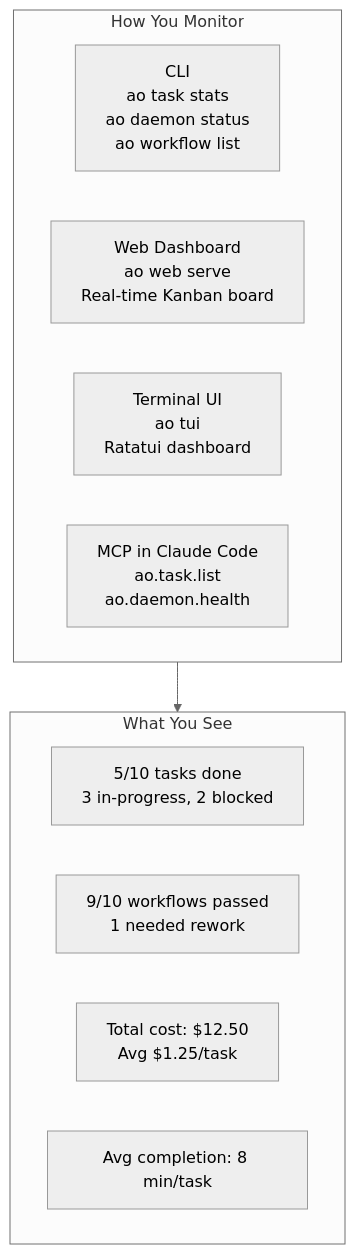
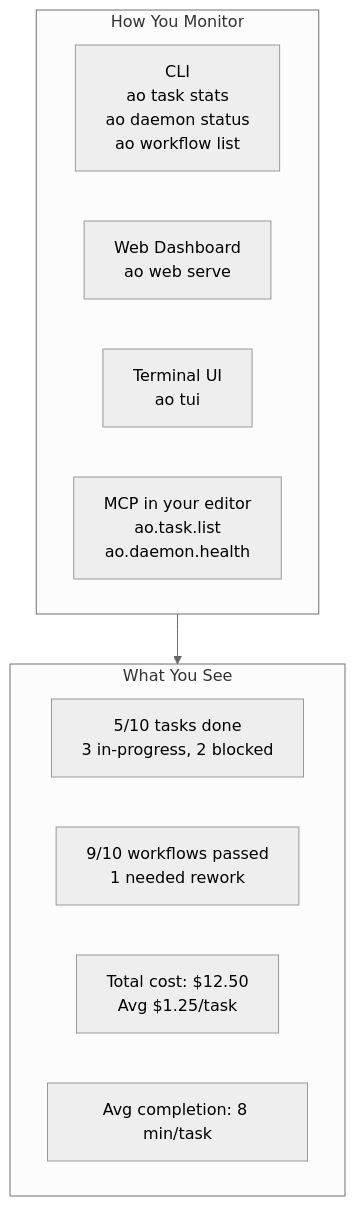
One commit to launchapp-dev/ao-cli changed diagram 11 of 12 in docs/how-ao-works.md. Above: the diagram before and after it, drawn with Mermaid (neutral theme). The commit also changed other lines of this file and 1 other file, not shown here.

First line of the commit message:
docs: define workflow-first CLI target architecture

````diff
--- a/docs/how-ao-works.md
+++ b/docs/how-ao-works.md
@@ -314,18 +471,18 @@
 ```mermaid
 flowchart TB
     subgraph MONITOR["How You Monitor"]
         cli["CLI<br/>ao task stats<br/>ao daemon status<br/>ao workflow list"]
-        web["Web Dashboard<br/>ao web serve<br/>Real-time Kanban board"]
-        tui["Terminal UI<br/>ao tui<br/>Ratatui dashboard"]
-        mcp_monitor["MCP in Claude Code<br/>ao.task.list<br/>ao.daemon.health"]
+        web["Web Dashboard<br/>ao web serve"]
+        tui["Terminal UI<br/>ao tui"]
+        mcp_monitor["MCP in your editor<br/>ao.task.list<br/>ao.daemon.health"]
     end
 
     subgraph METRICS["What You See"]
         tasks["5/10 tasks done<br/>3 in-progress, 2 blocked"]
         workflows["9/10 workflows passed<br/>1 needed rework"]
         cost["Total cost: $12.50<br/>Avg $1.25/task"]
         time["Avg completion: 8 min/task"]
     end
 
     MONITOR --> METRICS
 ```
````
